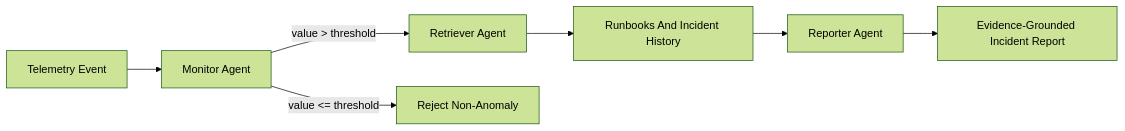
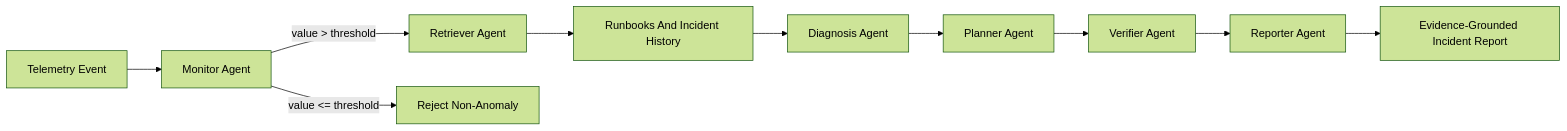
One commit to denis-mutuma/fleet-health-copilot changed the third of 3 diagrams in docs/architecture.md. Above: the diagram before and after it, drawn with Mermaid (forest theme). The commit also changed other lines of this file and 15 other files, not shown here.

````diff
--- a/docs/architecture.md
+++ b/docs/architecture.md
@@ -54,9 +54,12 @@
 ```mermaid
 flowchart LR
   event["Telemetry Event"] --> monitor["Monitor Agent"]
   monitor -->|"value > threshold"| retriever["Retriever Agent"]
   monitor -->|"value <= threshold"| reject["Reject Non-Anomaly"]
   retriever --> context["Runbooks And Incident History"]
-  context --> reporter["Reporter Agent"]
+  context --> diagnosis["Diagnosis Agent"]
+  diagnosis --> planner["Planner Agent"]
+  planner --> verifier["Verifier Agent"]
+  verifier --> reporter["Reporter Agent"]
   reporter --> report["Evidence-Grounded Incident Report"]
 ```
````
